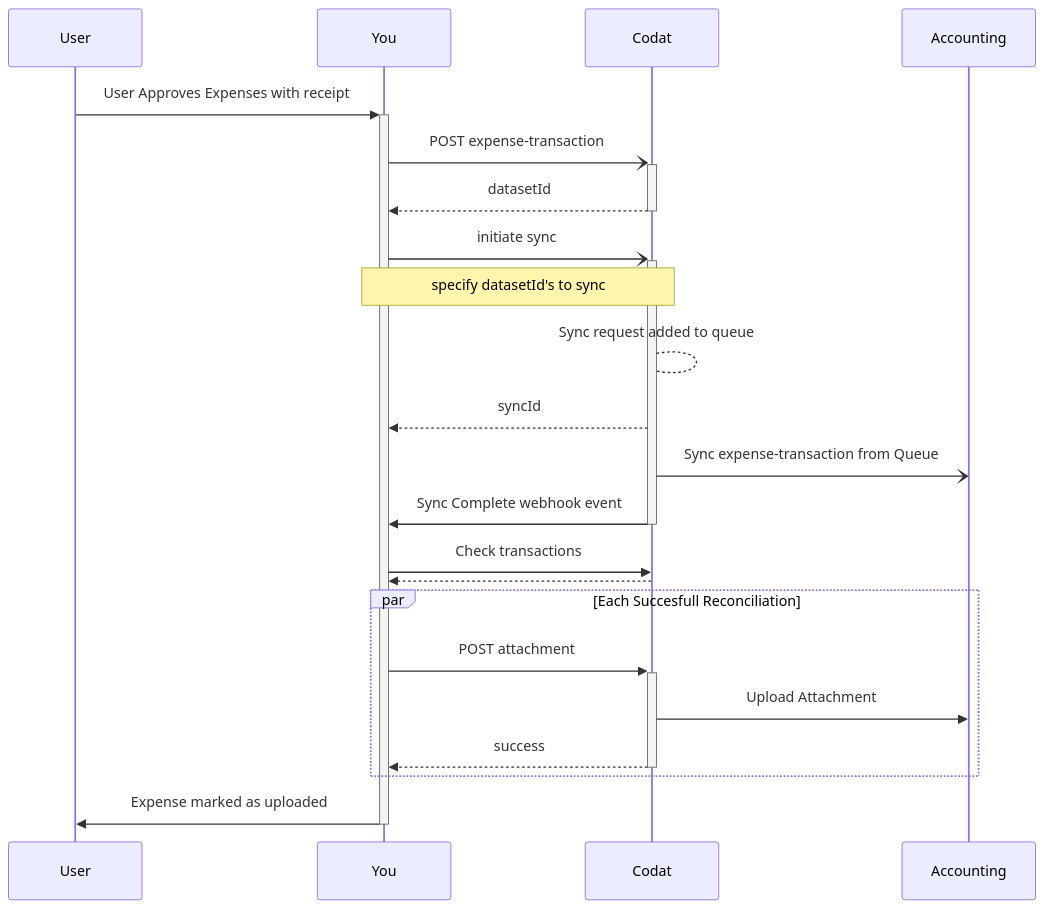
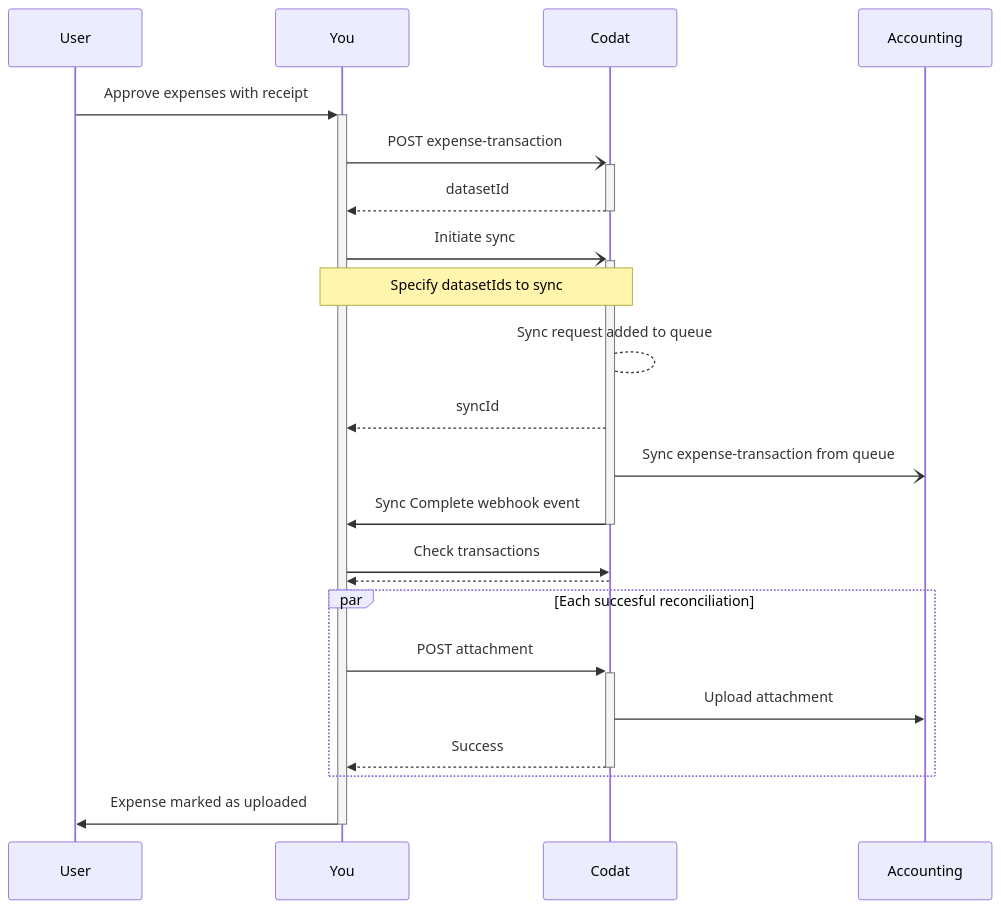
Before and after one commit to codatio/codat-docs: the diagram in docs/sync-for-expenses/sync-process/sync-process-explained.md, drawn with Mermaid.

````diff
--- a/docs/sync-for-expenses/sync-process/sync-process-explained.md
+++ b/docs/sync-for-expenses/sync-process/sync-process-explained.md
@@ -9,20 +9,20 @@
 ``` mermaid
 sequenceDiagram
-  User->>+You: User Approves Expenses with receipt
+  User->>+You: Approve expenses with receipt
   You-)+Codat: POST expense-transaction
   Codat-->>-You: datasetId
-  You-)+Codat: initiate sync
-  Note over You,Codat: specify datasetId's to sync
+  You-)+Codat: Initiate sync
+  Note over You,Codat: Specify datasetIds to sync
   Codat --> Codat: Sync request added to queue
   Codat-->>You: syncId
-  Codat-)Accounting: Sync expense-transaction from Queue
+  Codat-)Accounting: Sync expense-transaction from queue
   Codat->>-You: Sync Complete webhook event
   You->>Codat: Check transactions
   Codat-->>You: 
-  par Each Succesfull Reconciliation
+  par Each succesful reconciliation
     You->>+Codat: POST attachment
-    Codat->>Accounting: Upload Attachment
-    Codat-->>-You: success
+    Codat->>Accounting: Upload attachment
+    Codat-->>-You: Success
   end
   You->>-User: Expense marked as uploaded
 ```
````
